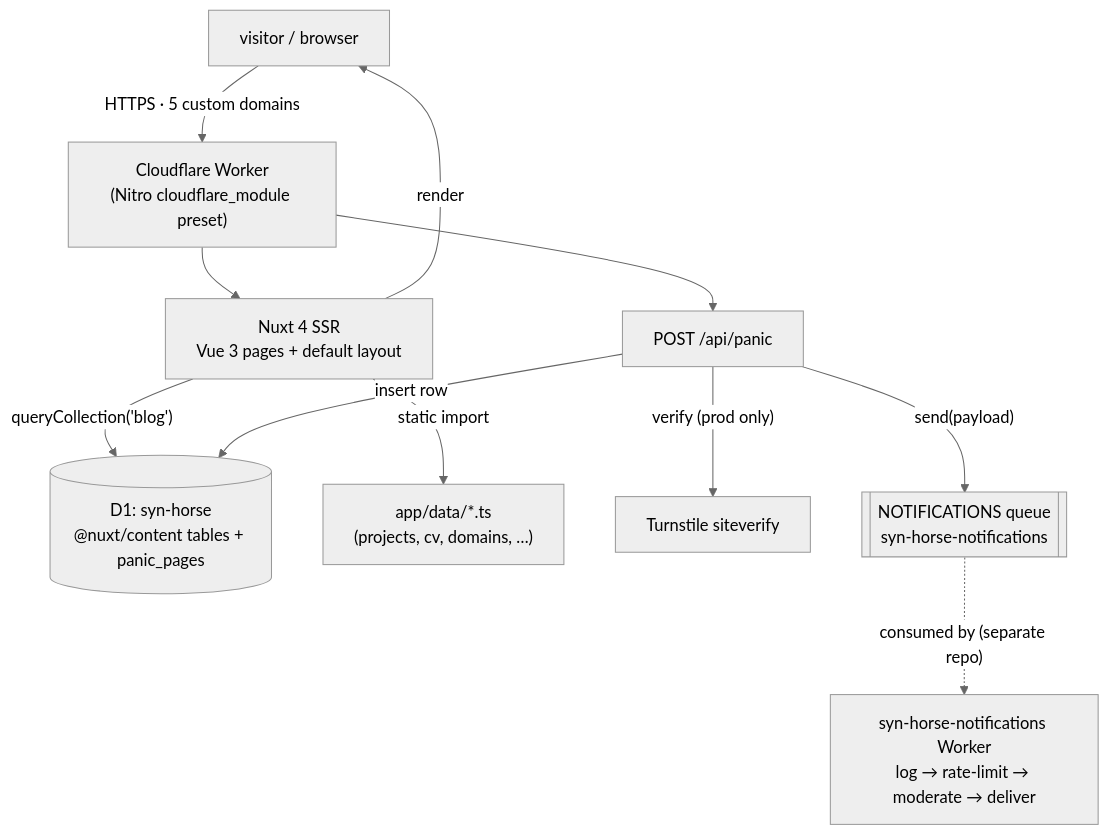
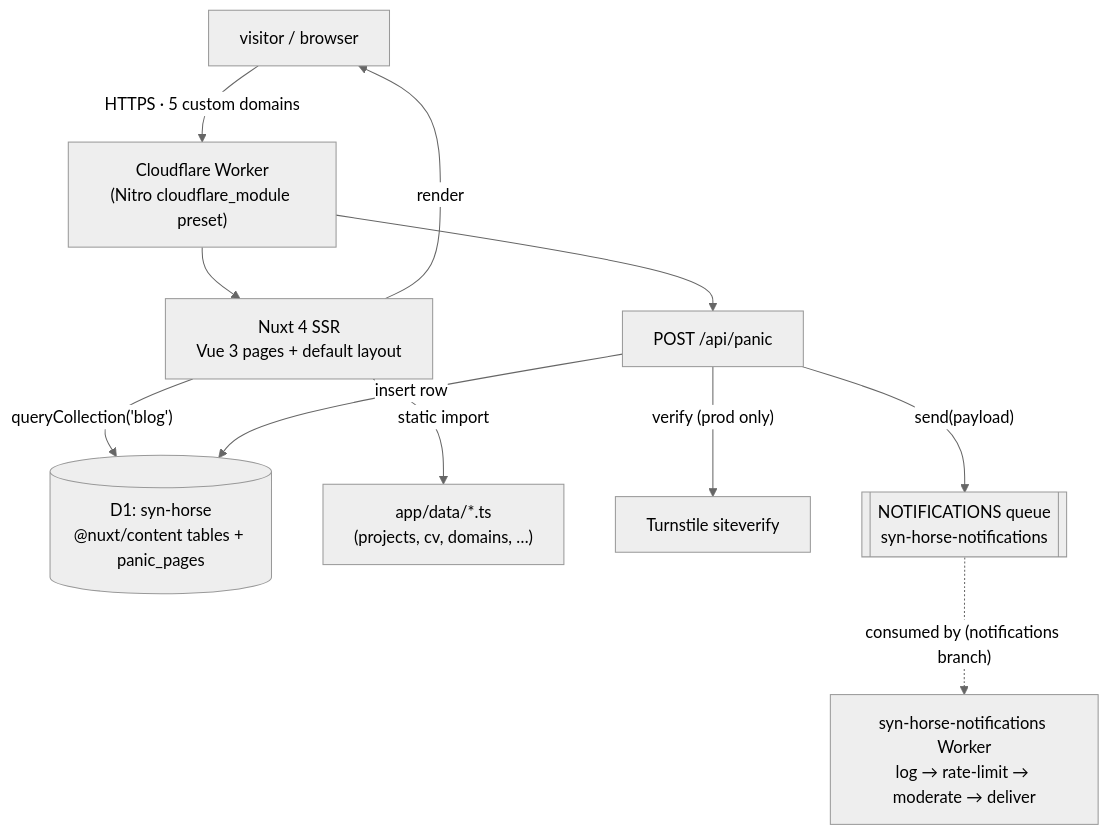
The first of 4 diagrams in APP.md (synmux/syn-horse), drawn with Mermaid (neutral theme) before and after one commit. The commit also changed other lines of this file and 4 other files, not shown here.

````diff
--- a/APP.md
+++ b/APP.md
@@ -60,13 +60,13 @@
 ```mermaid
 flowchart TD
   visitor["visitor / browser"] -->|"HTTPS · 5 custom domains"| worker["Cloudflare Worker<br/>(Nitro cloudflare_module preset)"]
   worker --> nuxt["Nuxt 4 SSR<br/>Vue 3 pages + default layout"]
   nuxt -->|"queryCollection('blog')"| d1[("D1: syn-horse<br/>@nuxt/content tables + panic_pages")]
   nuxt -->|"static import"| data["app/data/*.ts<br/>(projects, cv, domains, …)"]
   nuxt -->|"render"| visitor
   worker --> api["POST /api/panic"]
   api -->|"verify (prod only)"| turnstile["Turnstile siteverify"]
   api -->|"insert row"| d1
   api -->|"send(payload)"| queue[["NOTIFICATIONS queue<br/>syn-horse-notifications"]]
-  queue -.->|"consumed by (separate repo)"| consumer["syn-horse-notifications Worker<br/>log → rate-limit → moderate → deliver"]
+  queue -.->|"consumed by (notifications branch)"| consumer["syn-horse-notifications Worker<br/>log → rate-limit → moderate → deliver"]
 ```
````
